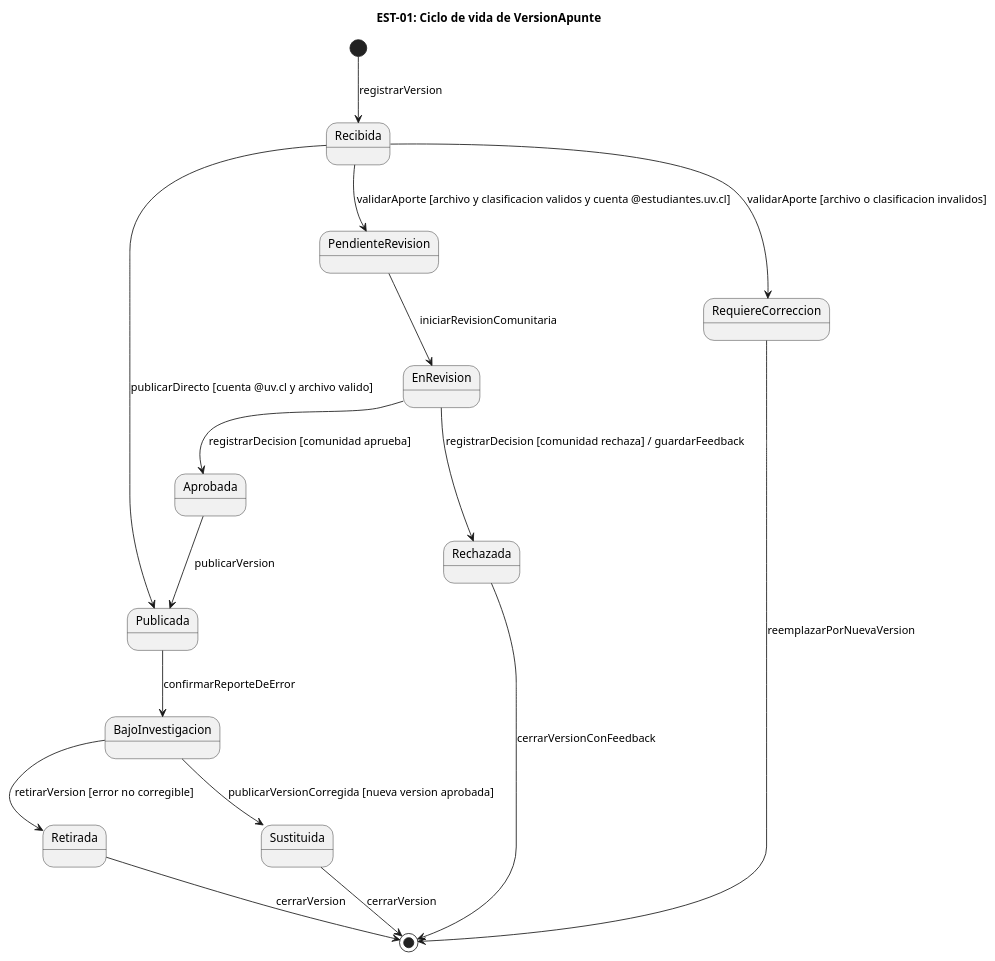
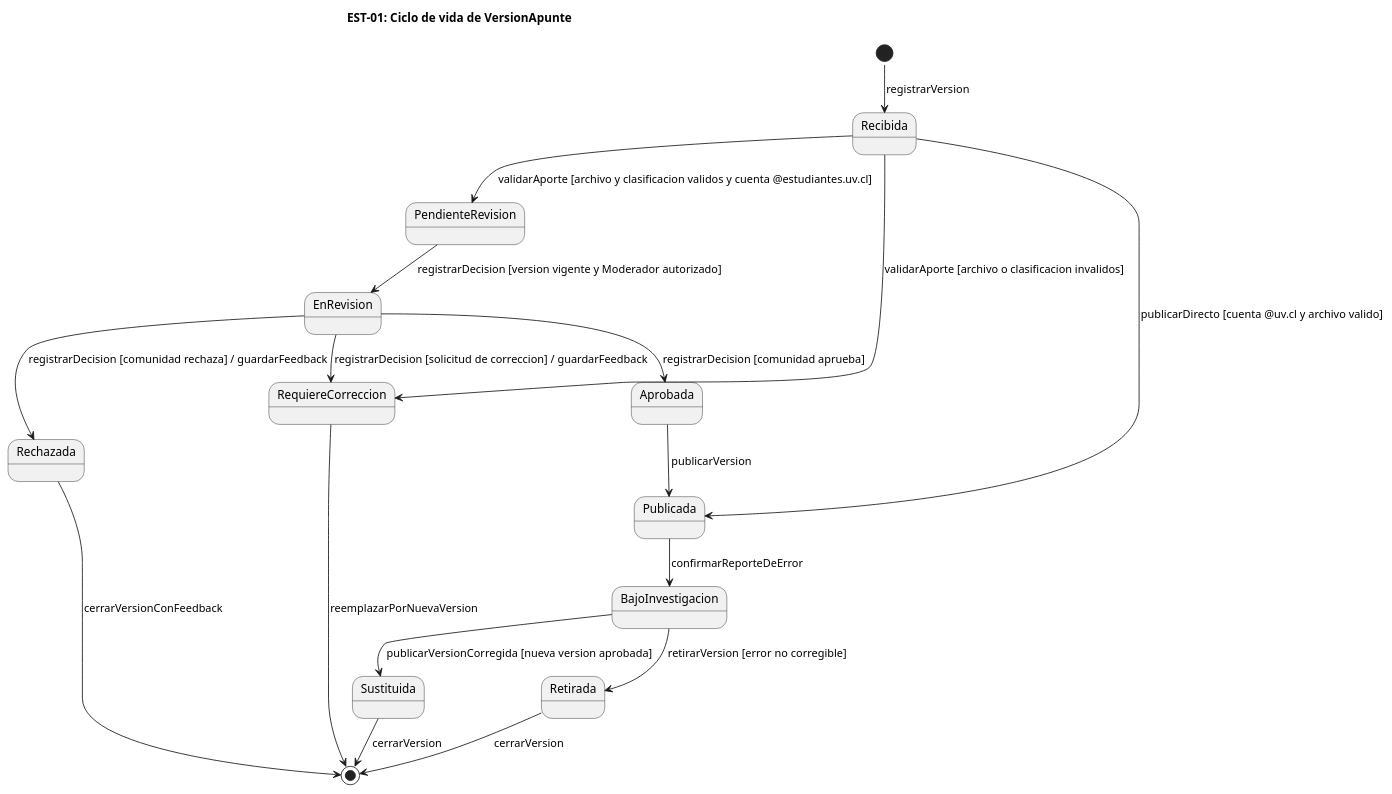
One commit to mapacheCorps/entrega changed the diagram in diagramas/est-01.puml. Above: the diagram before and after it, drawn with PlantUML. The commit also changed 72 other files, not shown here.

```diff
--- a/diagramas/est-01.puml
+++ b/diagramas/est-01.puml
@@ -1,19 +1,21 @@
 @startuml
+!pragma layout smetana
 skinparam shadowing false
 title EST-01: Ciclo de vida de VersionApunte
 [*] --> Recibida : registrarVersion
 Recibida --> Publicada : publicarDirecto [cuenta @uv.cl y archivo valido]
 Recibida --> PendienteRevision : validarAporte [archivo y clasificacion validos y cuenta @estudiantes.uv.cl]
 Recibida --> RequiereCorreccion : validarAporte [archivo o clasificacion invalidos]
-PendienteRevision --> EnRevision : iniciarRevisionComunitaria
+PendienteRevision --> EnRevision : registrarDecision [version vigente y Moderador autorizado]
 EnRevision --> Aprobada : registrarDecision [comunidad aprueba]
 EnRevision --> Rechazada : registrarDecision [comunidad rechaza] / guardarFeedback
+EnRevision --> RequiereCorreccion : registrarDecision [solicitud de correccion] / guardarFeedback
 Aprobada --> Publicada : publicarVersion
 Publicada --> BajoInvestigacion : confirmarReporteDeError
 BajoInvestigacion --> Retirada : retirarVersion [error no corregible]
 BajoInvestigacion --> Sustituida : publicarVersionCorregida [nueva version aprobada]
 RequiereCorreccion --> [*] : reemplazarPorNuevaVersion
 Rechazada --> [*] : cerrarVersionConFeedback
 Retirada --> [*] : cerrarVersion
 Sustituida --> [*] : cerrarVersion
 @enduml
```
